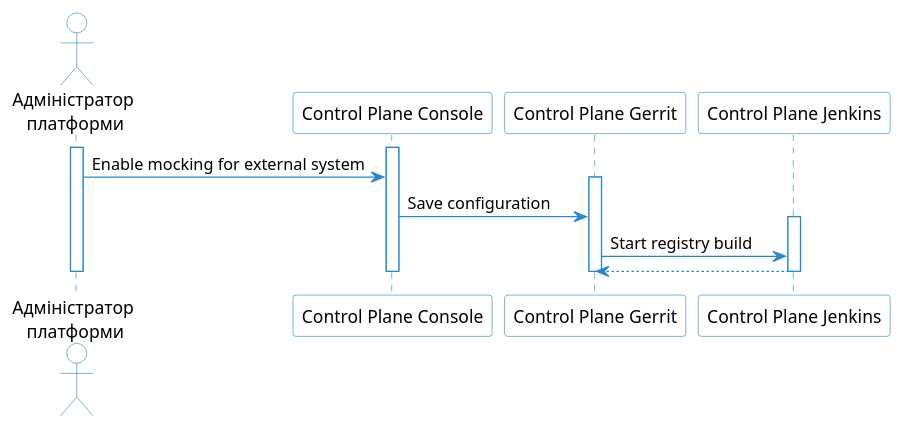
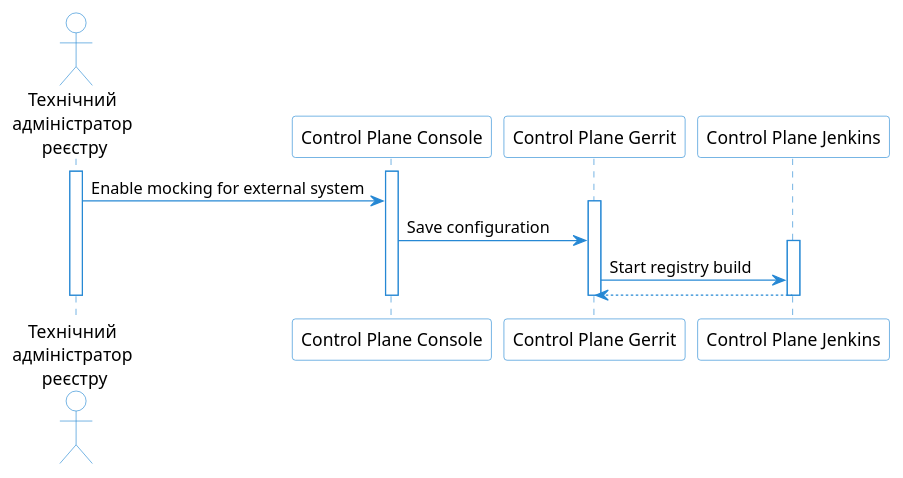
Before and after one commit to epam/edp-ddm-architecture: the diagram in modules/arch/partials/architecture-workspace/platform-evolution/mocking/enable-mocking-for-registry.puml, drawn with PlantUML.

Commit message:
[EDP-DDM-22747] Updated actor name for mocking transition design

```diff
--- a/modules/arch/partials/architecture-workspace/platform-evolution/mocking/enable-mocking-for-registry.puml
+++ b/modules/arch/partials/architecture-workspace/platform-evolution/mocking/enable-mocking-for-registry.puml
@@ -1,50 +1,50 @@
 @startuml
 
 skinparam shadowing false
 skinparam DatabaseBackgroundColor white
 skinparam DatabaseBorderColor #2688d4
 skinparam QueueBackgroundColor white
 skinparam QueueBorderColor #2688d4
 skinparam NoteBackgroundColor white
 skinparam NoteBorderColor #2688d4
 skinparam EntityBackgroundColor white
 skinparam EntityBorderColor #2688d4
 skinparam ControlBackgroundColor white
 skinparam ControlBorderColor #2688d4
 skinparam ActorBackgroundColor white
 
 skinparam sequence {
     ArrowColor #2688d4
     ActorBorderColor #2688d4
     LifeLineBorderColor #2688d4
     ParticipantBorderColor #2688d4
     ParticipantBackgroundColor white
     BoxBorderColor #2688d4
     BoxBackgroundColor white
 }
 
 skinparam responseMessageBelowArrow true
 
-actor "Адміністратор\n платформи" as Client
+actor "Технічний\nадміністратор\n реєстру" as Client
 
 participant "Control Plane Console" as CP
 participant "Control Plane Gerrit" as Gerrit
 participant "Control Plane Jenkins" as Jenkins
 
 activate Client
 
 activate CP
 Client -> CP :Enable mocking for external system
 activate Gerrit
 CP -> Gerrit :Save configuration
 activate Jenkins
 Gerrit -> Jenkins : Start registry build
 Gerrit <-- Jenkins
 
 deactivate CP
 deactivate Client
 deactivate Gerrit
 deactivate Jenkins
 
 
 @enduml
```
